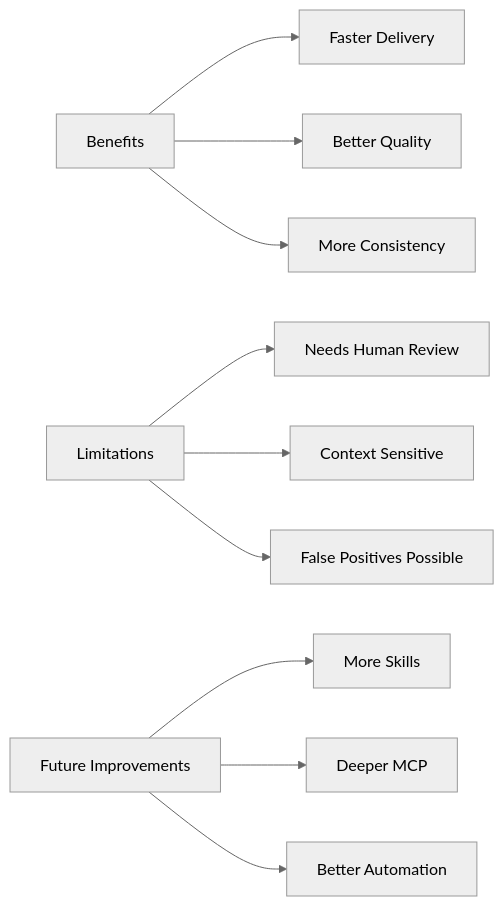
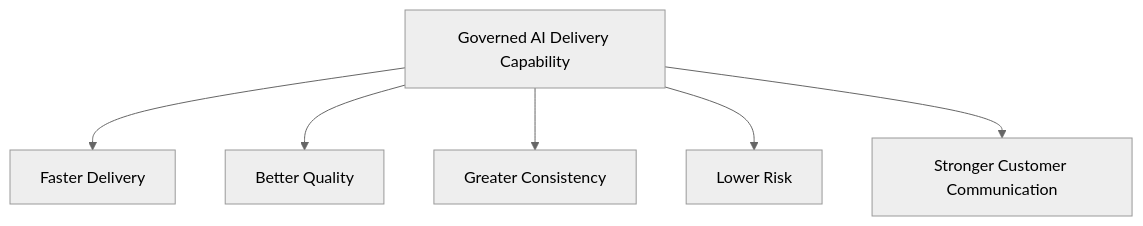
One commit to refat-asadullah-creolytix-dev/refat-asadullah-creolytix-dev changed diagram 18 of 18 in creolytix-ai-delivery-model.md. Above: the diagram before and after it, drawn with Mermaid (neutral theme). The commit also changed other lines of this file, not shown here.

````diff
--- a/creolytix-ai-delivery-model.md
+++ b/creolytix-ai-delivery-model.md
@@ -896,14 +527,8 @@
 ```mermaid
-flowchart LR
-    A[Benefits] --> A1[Faster Delivery]
-    A --> A2[Better Quality]
-    A --> A3[More Consistency]
-
-    B[Limitations] --> B1[Needs Human Review]
-    B --> B2[Context Sensitive]
-    B --> B3[False Positives Possible]
-
-    C[Future Improvements] --> C1[More Skills]
-    C --> C2[Deeper MCP]
-    C --> C3[Better Automation]
+flowchart TD
+    A[Governed AI Delivery Capability] --> B[Faster Delivery]
+    A --> C[Better Quality]
+    A --> D[Greater Consistency]
+    A --> E[Lower Risk]
+    A --> F[Stronger Customer Communication]
 ```
````
